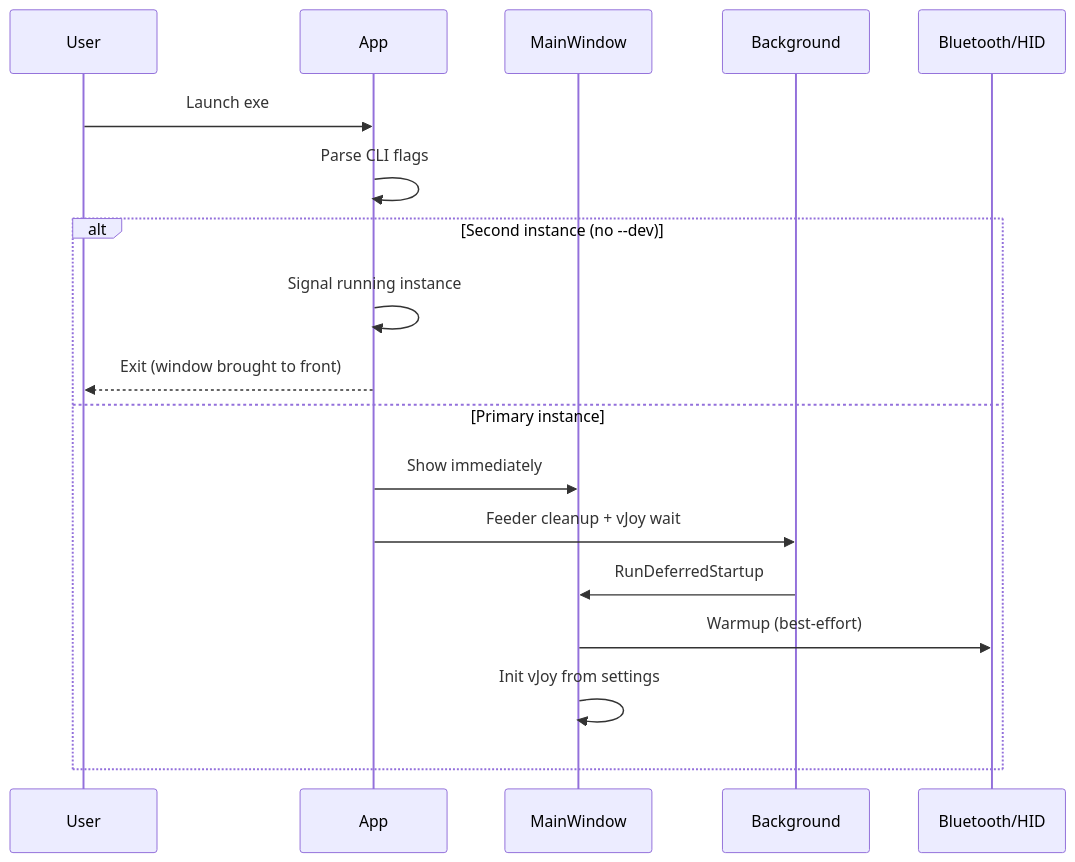
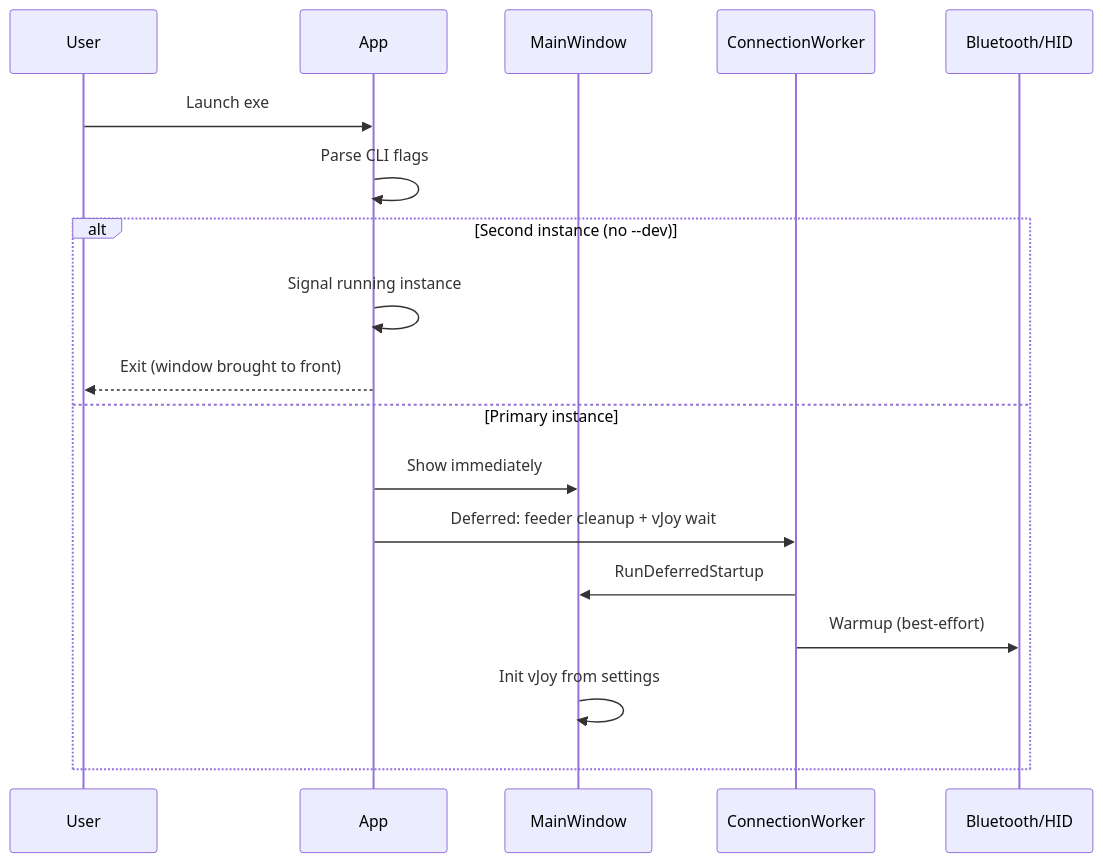
Before and after one commit to Vabian124/balance-board-controller: the diagram in docs/WORKFLOW.md, drawn with Mermaid. The commit also changed other lines of this file and 39 other files, not shown here.

````diff
--- a/docs/WORKFLOW.md
+++ b/docs/WORKFLOW.md
@@ -7,21 +7,21 @@
 ```mermaid
 sequenceDiagram
     participant User
     participant App
     participant UI as MainWindow
-    participant BG as Background
+    participant CW as ConnectionWorker
     participant BT as Bluetooth/HID
 
     User->>App: Launch exe
     App->>App: Parse CLI flags
     alt Second instance (no --dev)
         App->>App: Signal running instance
         App-->>User: Exit (window brought to front)
     else Primary instance
         App->>UI: Show immediately
-        App->>BG: Feeder cleanup + vJoy wait
-        BG->>UI: RunDeferredStartup
-        UI->>BT: Warmup (best-effort)
+        App->>CW: Deferred: feeder cleanup + vJoy wait
+        CW->>UI: RunDeferredStartup
+        CW->>BT: Warmup (best-effort)
         UI->>UI: Init vJoy from settings
     end
 ```
````
